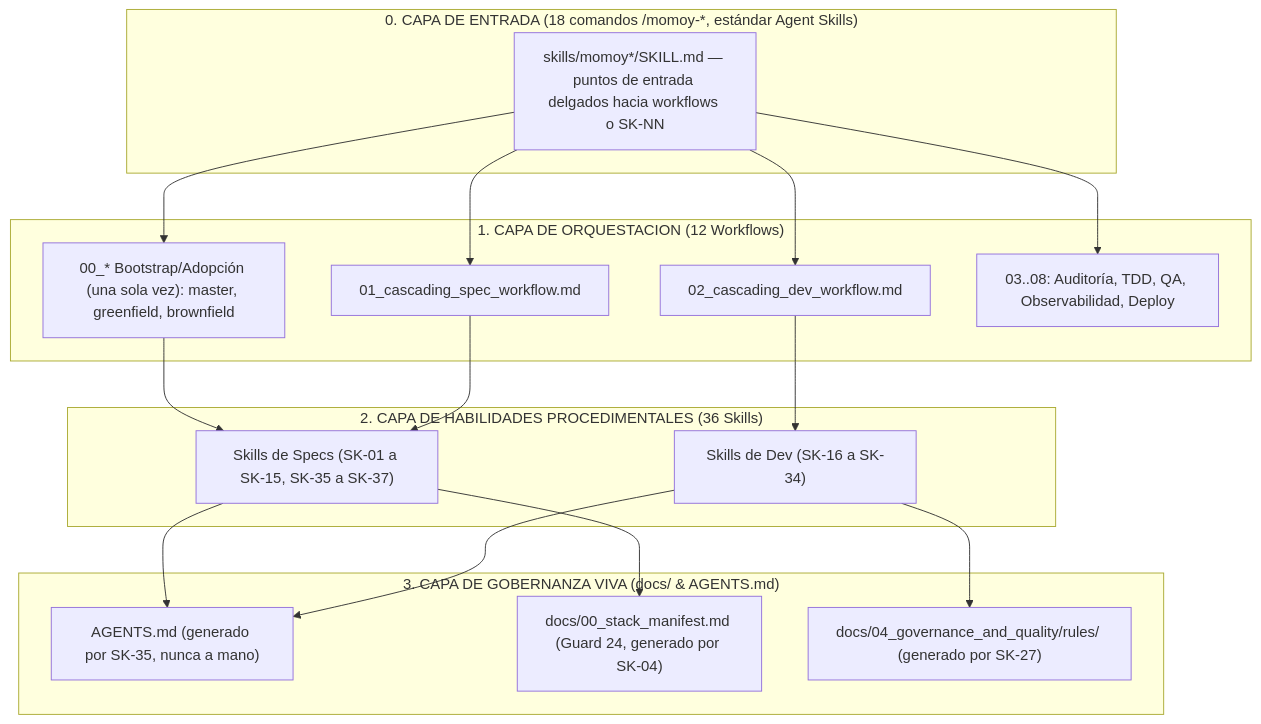
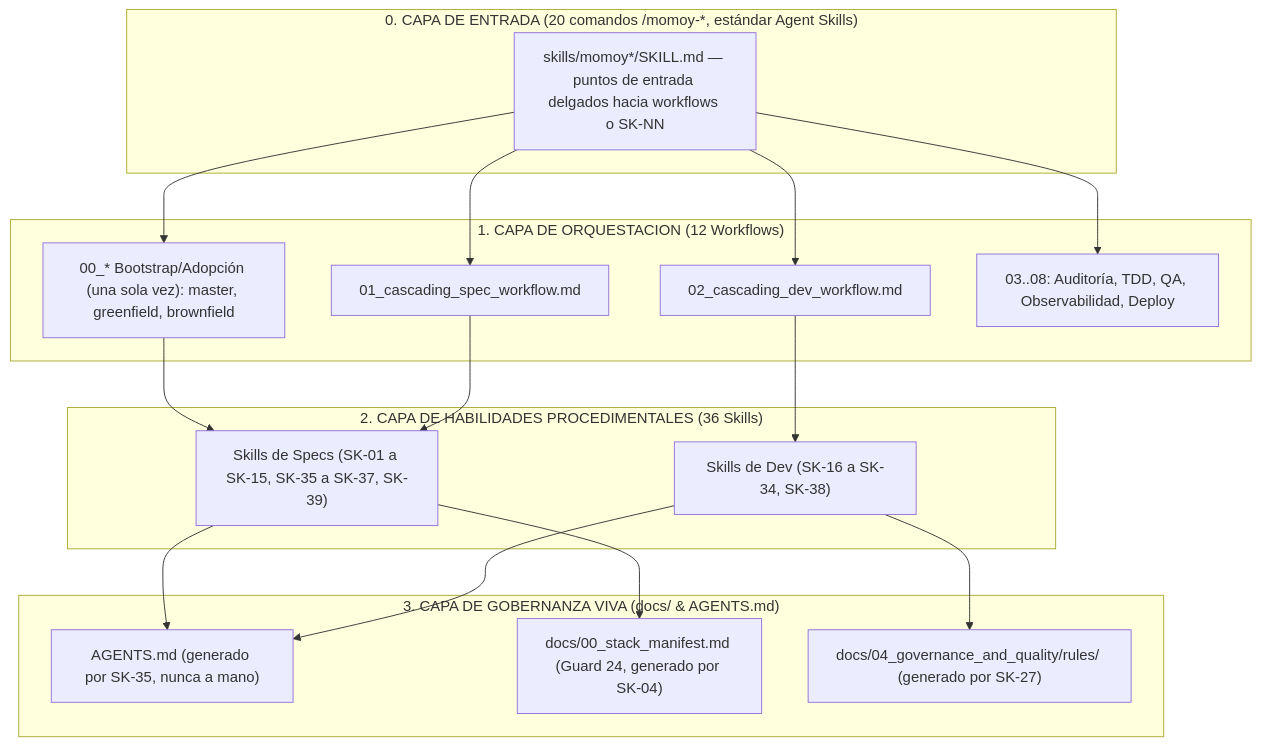
Before and after one commit to lacruzjd/AI4Devs-finalproject: the diagram in .agents/README.md, drawn with Mermaid. The commit also changed other lines of this file and 8 other files, not shown here.

````diff
--- a/.agents/README.md
+++ b/.agents/README.md
@@ -55,36 +55,36 @@
 ```mermaid
 flowchart TD
-    subgraph CAPA0 ["0. CAPA DE ENTRADA (18 comandos /momoy-*, estándar Agent Skills)"]
+    subgraph CAPA0 ["0. CAPA DE ENTRADA (20 comandos /momoy-*, estándar Agent Skills)"]
         CMD["skills/momoy*/SKILL.md — puntos de entrada delgados hacia workflows o SK-NN"]
     end
 
     subgraph CAPA1 ["1. CAPA DE ORQUESTACION (12 Workflows)"]
         W00["00_* Bootstrap/Adopción (una sola vez): master, greenfield, brownfield"]
         W01["01_cascading_spec_workflow.md"]
         W02["02_cascading_dev_workflow.md"]
         W0X["03..08: Auditoría, TDD, QA, Observabilidad, Deploy"]
     end
 
     subgraph CAPA2 ["2. CAPA DE HABILIDADES PROCEDIMENTALES (36 Skills)"]
-        S_Spec["Skills de Specs (SK-01 a SK-15, SK-35 a SK-37)"]
-        S_Dev["Skills de Dev (SK-16 a SK-34)"]
+        S_Spec["Skills de Specs (SK-01 a SK-15, SK-35 a SK-37, SK-39)"]
+        S_Dev["Skills de Dev (SK-16 a SK-34, SK-38)"]
     end
 
     subgraph CAPA3 ["3. CAPA DE GOBERNANZA VIVA (docs/ & AGENTS.md)"]
         AGENTS["AGENTS.md (generado por SK-35, nunca a mano)"]
         StackManifest["docs/00_stack_manifest.md (Guard 24, generado por SK-04)"]
         Rules["docs/04_governance_and_quality/rules/ (generado por SK-27)"]
     end
 
     CMD --> W00
     CMD --> W01
     CMD --> W02
     CMD --> W0X
     W00 --> S_Spec
     W01 --> S_Spec
     W02 --> S_Dev
     S_Spec --> AGENTS
     S_Spec --> StackManifest
     S_Dev --> AGENTS
     S_Dev --> Rules
 ```
````
